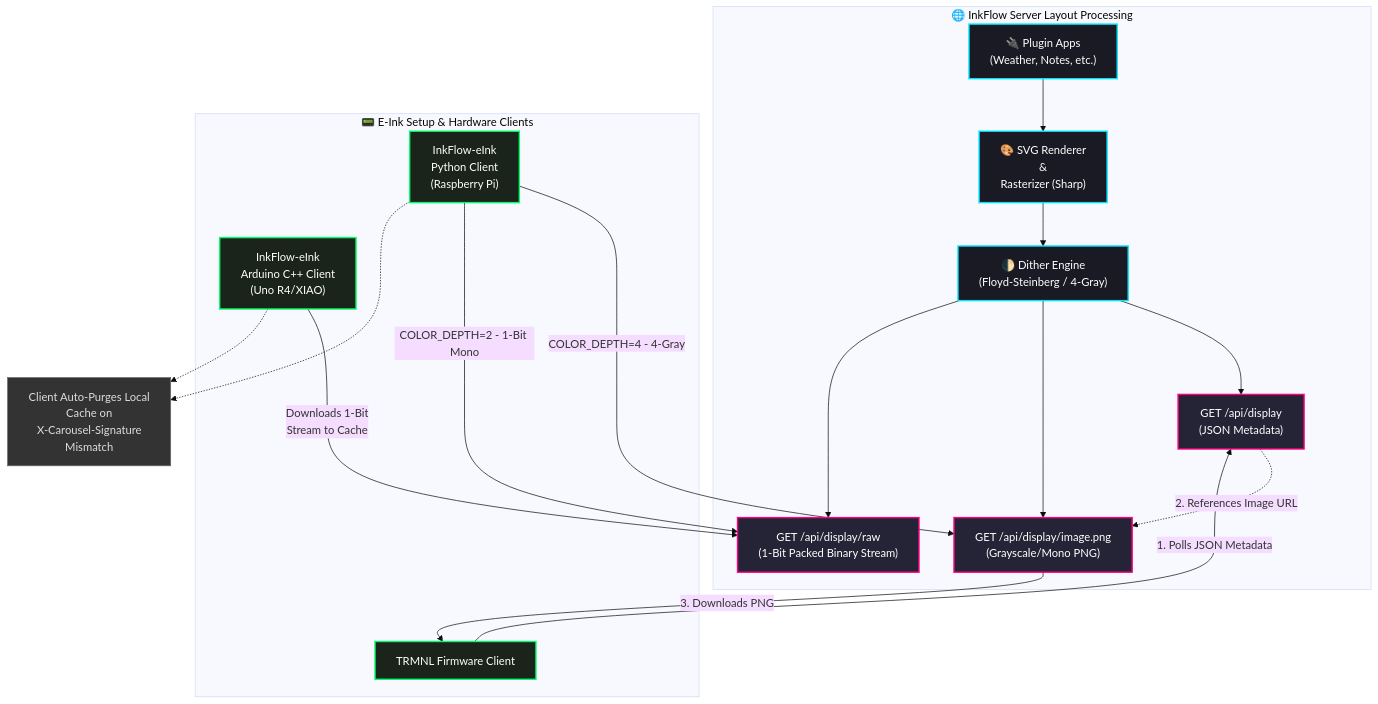
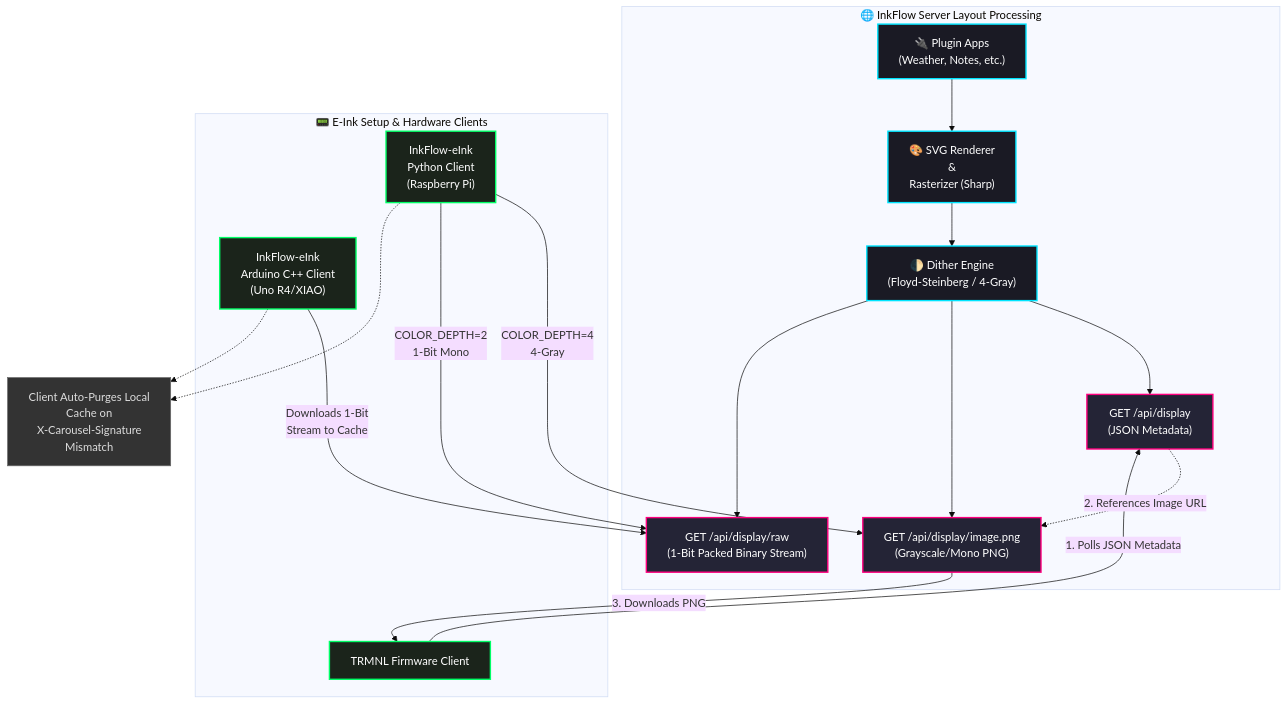
Before and after one commit to DerrickJEvans/inkflow-eink: the first of 3 diagrams in README.md, drawn with Mermaid (base theme).

Commit message:
Update color depth descriptions in README

````diff
--- a/README.md
+++ b/README.md
@@ -38,40 +38,40 @@
 ```mermaid
 graph TD
     %% Define Styles
     classDef server fill:#1a1a24,stroke:#00e5ff,stroke-width:2px,color:#ffffff;
     classDef endpoint fill:#242436,stroke:#ff007f,stroke-width:2px,color:#ffffff;
     classDef client fill:#1b241b,stroke:#00ff66,stroke-width:2px,color:#ffffff;
     classDef note fill:#333333,stroke:#666666,stroke-width:1px,color:#dddddd;
 
     subgraph ServerSide ["🌐 InkFlow Server Layout Processing"]
         A["🔌 Plugin Apps <br/> (Weather, Notes, etc.)"]:::server --> B["🎨 SVG Renderer <br/> & <br/> Rasterizer (Sharp)"]:::server
         B --> C["🌓 Dither Engine <br/> (Floyd-Steinberg / 4-Gray)"]:::server
         
         C --> D1["GET /api/display <br/> (JSON Metadata)"]:::endpoint
         C --> D2["GET /api/display/image.png <br/> (Grayscale/Mono PNG)"]:::endpoint
         C --> D3["GET /api/display/raw <br/> (1-Bit Packed Binary Stream)"]:::endpoint
     end
 
     subgraph ClientSide ["📟 E-Ink Setup & Hardware Clients"]
         C1["TRMNL Firmware Client"]:::client
         C2["InkFlow-eInk <br/> Python Client <br/> (Raspberry Pi)"]:::client
         C3["InkFlow-eInk <br/> Arduino C++ Client <br/> (Uno R4/XIAO)"]:::client
     end
 
     %% Client 1 Connections
     C1 -->|1. Polls JSON Metadata| D1
     D1 -.->|2. References Image URL| D2
     D2 -->|3. Downloads PNG| C1
 
     %% Client 2 Connections
-    C2 ---->|COLOR_DEPTH=4 - 4-Gray| D2
-    C2 ---->|COLOR_DEPTH=2 - 1-Bit Mono| D3
+    C2 ---->|"COLOR_DEPTH=4 <br/> 4-Gray"| D2
+    C2 ---->|"COLOR_DEPTH=2 <br/> 1-Bit Mono"| D3
 
     %% Client 3 Connections
     C3 --->|"Downloads 1-Bit <br/> Stream to Cache"| D3
 
     %% Notes
     N1["Client Auto-Purges Local <br/> Cache on <br/> X-Carousel-Signature <br/> Mismatch"]:::note
     C2 -.-> N1
     C3 -.-> N1
 ```
````
